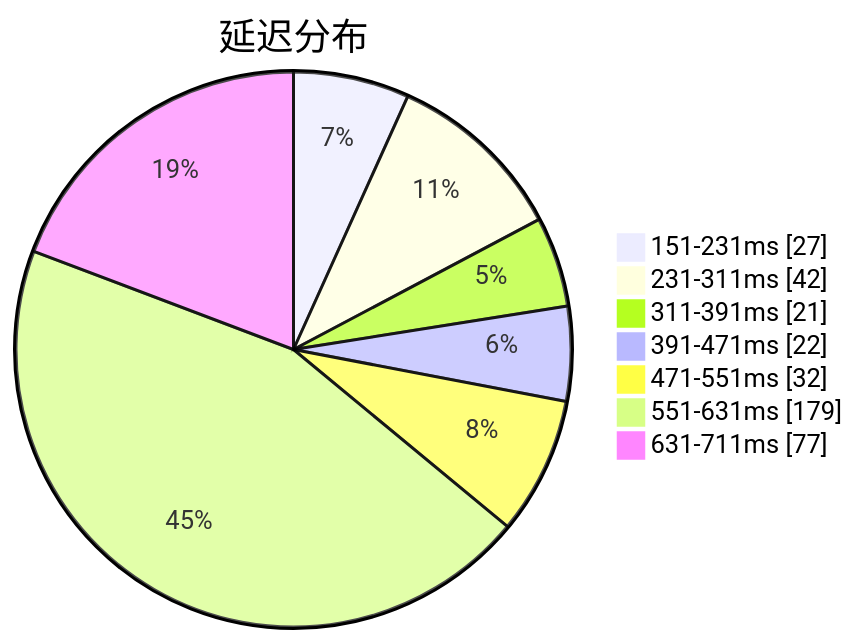
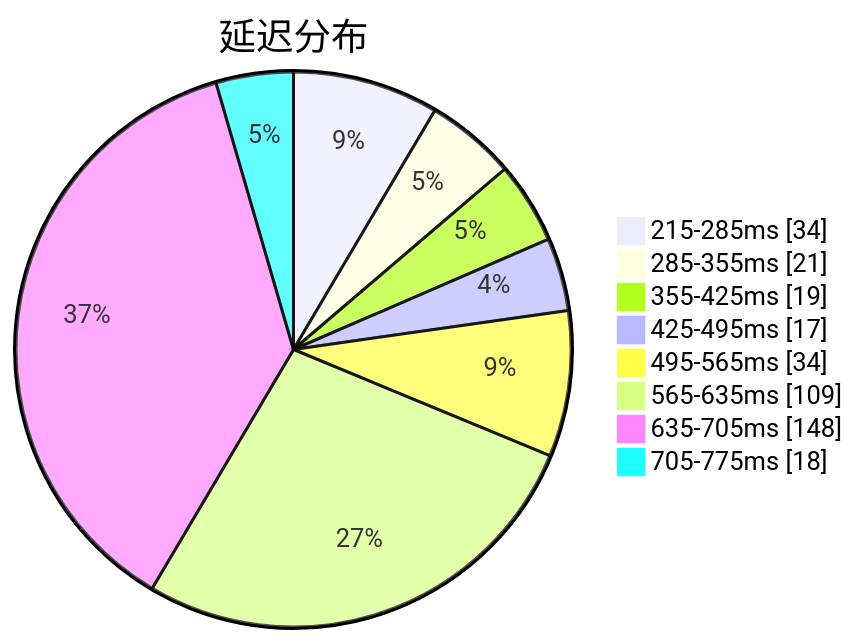
Before and after one commit to qjlxg/airport: the first of 3 diagrams in subs/statistics/tested_within.md, drawn with Mermaid. The commit also changed other lines of this file and 2 other files, not shown here.

Commit message:
Tested by metaST

````diff
--- a/subs/statistics/tested_within.md
+++ b/subs/statistics/tested_within.md
@@ -2,11 +2,12 @@
 ```mermaid
 pie showData
 title 延迟分布
-"151-231ms" : 27
-"231-311ms" : 42
-"311-391ms" : 21
-"391-471ms" : 22
-"471-551ms" : 32
-"551-631ms" : 179
-"631-711ms" : 77
+"215-285ms" : 34
+"285-355ms" : 21
+"355-425ms" : 19
+"425-495ms" : 17
+"495-565ms" : 34
+"565-635ms" : 109
+"635-705ms" : 148
+"705-775ms" : 18
 ```
````
